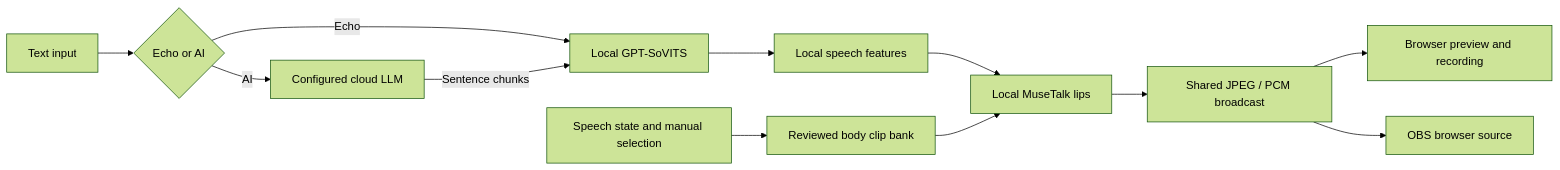
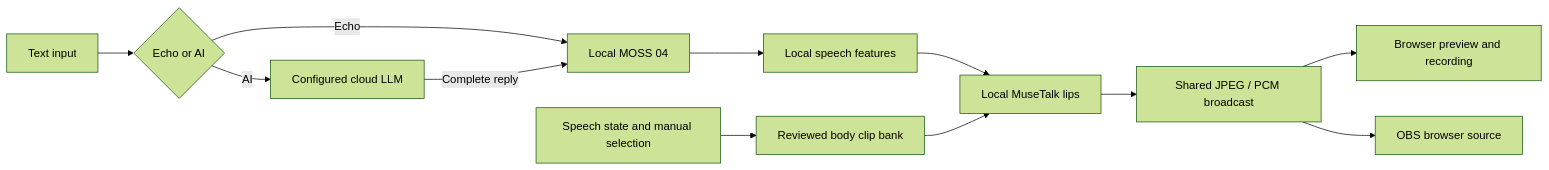
One commit to wikigsroom/Ai-Talk-Streamer changed the diagram in README.md. Above: the diagram before and after it, drawn with Mermaid (forest theme). The commit also changed other lines of this file and 40 other files, not shown here.

````diff
--- a/README.md
+++ b/README.md
@@ -51,14 +55,14 @@
 ```mermaid
 flowchart LR
     I[Text input] --> M{Echo or AI}
-    M -->|Echo| T[Local GPT-SoVITS]
+    M -->|Echo| T[Local MOSS 04]
     M -->|AI| L[Configured cloud LLM]
-    L -->|Sentence chunks| T
+    L -->|Complete reply| T
     T --> A[Local speech features]
     A --> U[Local MuseTalk lips]
     B[Reviewed body clip bank] --> U
     S[Speech state and manual selection] --> B
     U --> J[Shared JPEG / PCM broadcast]
     J --> W[Browser preview and recording]
     J --> O[OBS browser source]
 ```
````
